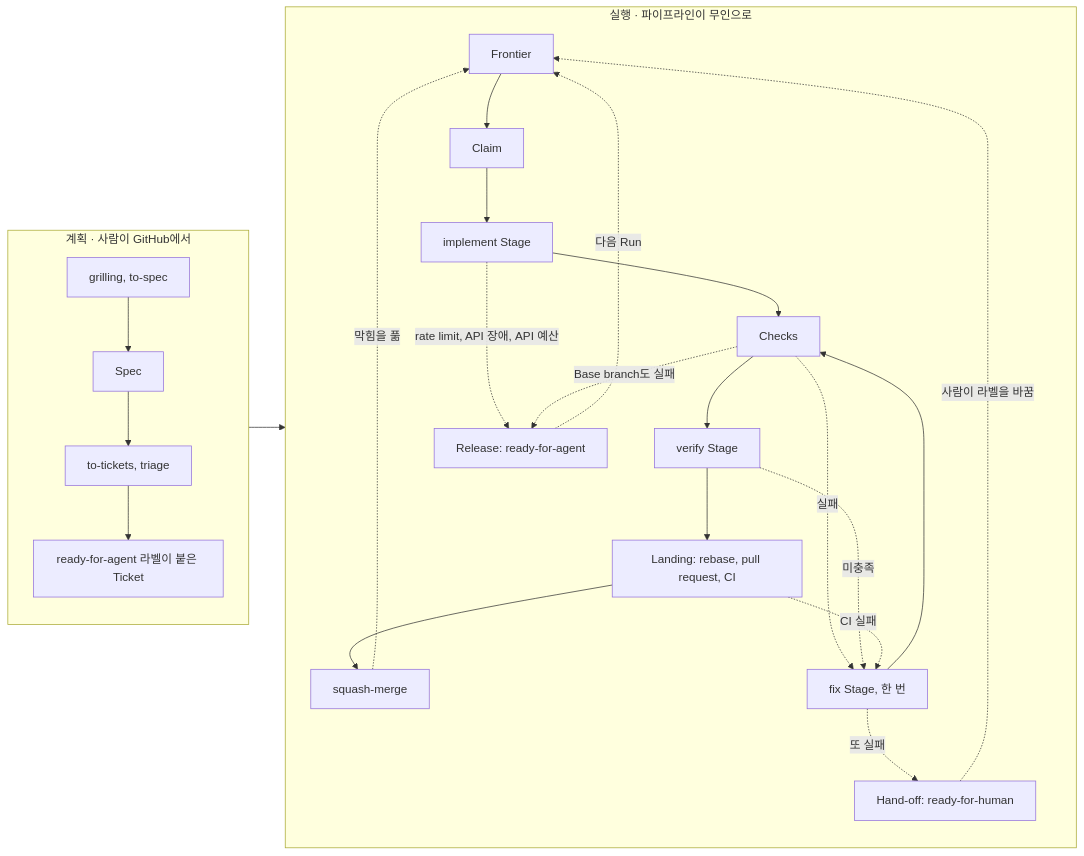
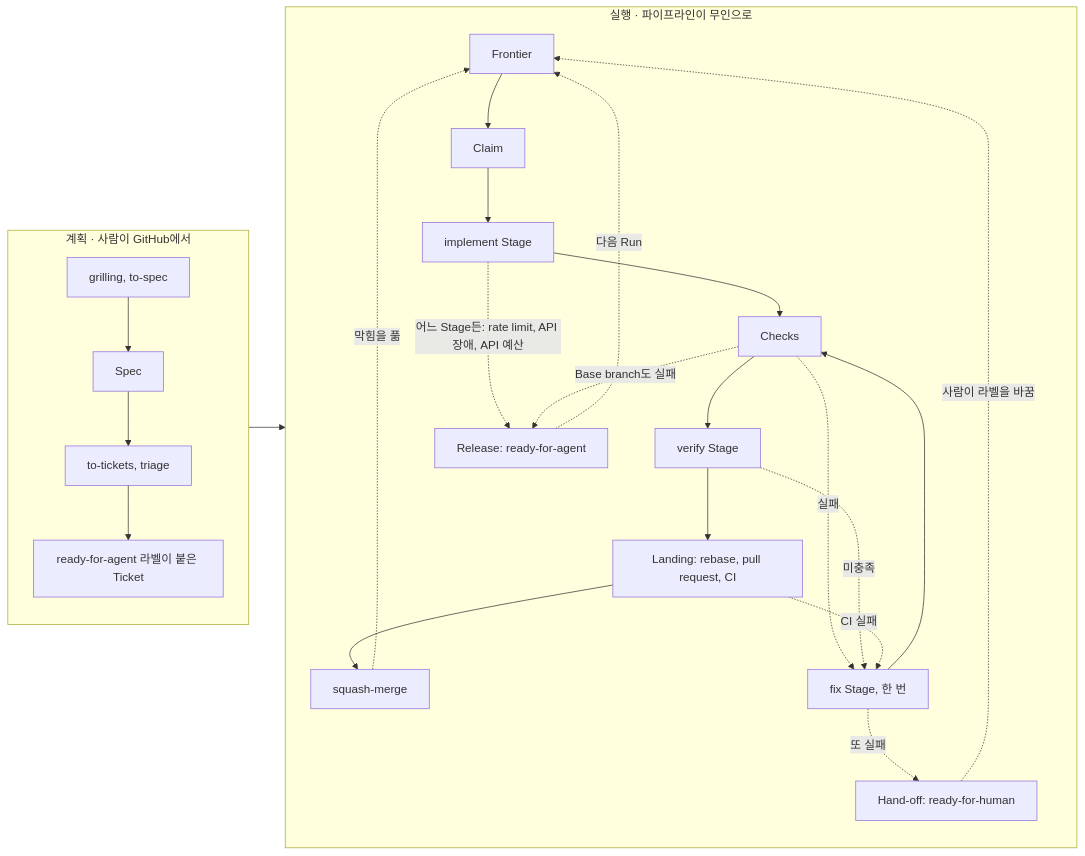
Before and after one commit to jjongs2/ticket-runner: the diagram in wiki/ko/index.md, drawn with Mermaid. The commit also changed other lines of this file and 7 other files, not shown here.

````diff
--- a/wiki/ko/index.md
+++ b/wiki/ko/index.md
@@ -50,29 +53,29 @@
 ```mermaid
 flowchart LR
   subgraph Planning["계획 · 사람이 GitHub에서"]
     direction TB
     G["grilling, to-spec"] --> S[Spec]
     S --> T["to-tickets, triage"]
     T --> R["ready-for-agent 라벨이 붙은 Ticket"]
   end
   subgraph Execution["실행 · 파이프라인이 무인으로"]
     direction TB
     F[Frontier] --> C[Claim]
     C --> I[implement Stage]
     I --> K[Checks]
     K --> V[verify Stage]
     V --> L["Landing: rebase, pull request, CI"]
     L --> M[squash-merge]
     K -. 실패 .-> X["fix Stage, 한 번"]
     V -. 미충족 .-> X
     L -. CI 실패 .-> X
     X --> K
     X -. 또 실패 .-> H["Hand-off: ready-for-human"]
-    I -. rate limit, API 장애, API 예산 .-> RL["Release: ready-for-agent"]
+    I -. "어느 Stage든: rate limit, API 장애, API 예산" .-> RL["Release: ready-for-agent"]
     K -. Base branch도 실패 .-> RL
   end
   R --> F
   M -. 막힘을 풂 .-> F
   H -. 사람이 라벨을 바꿈 .-> F
   RL -. 다음 Run .-> F
 ```
````
